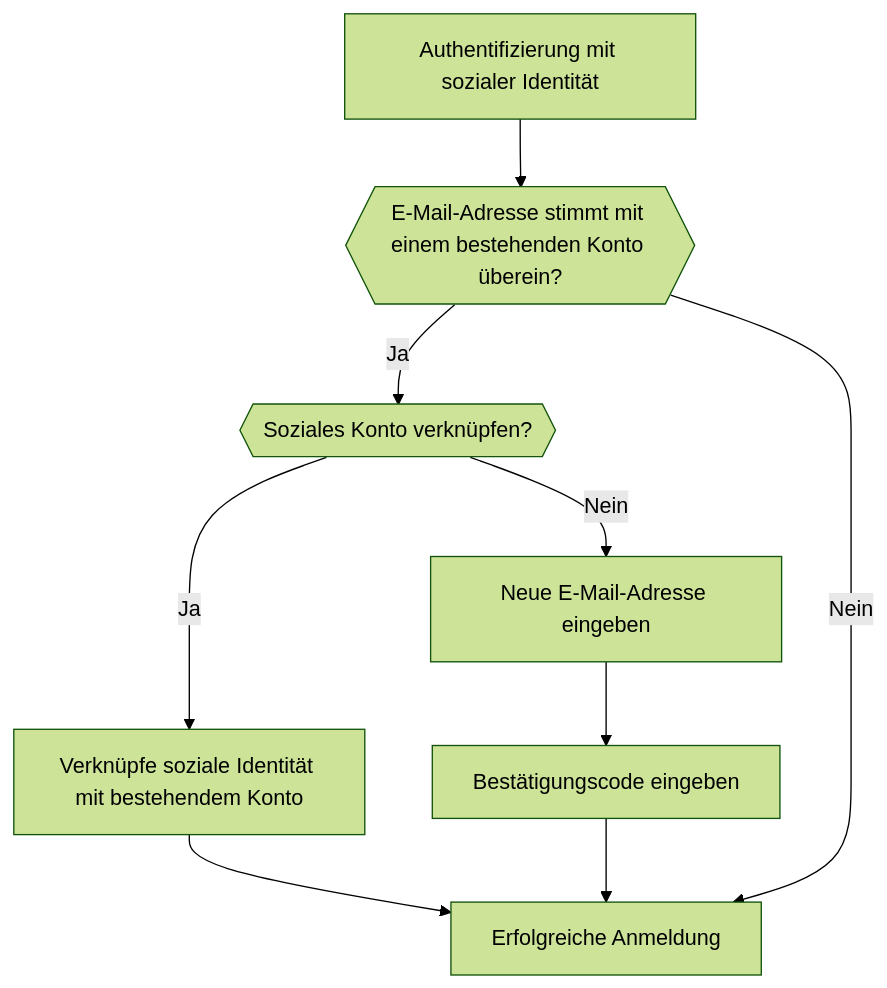
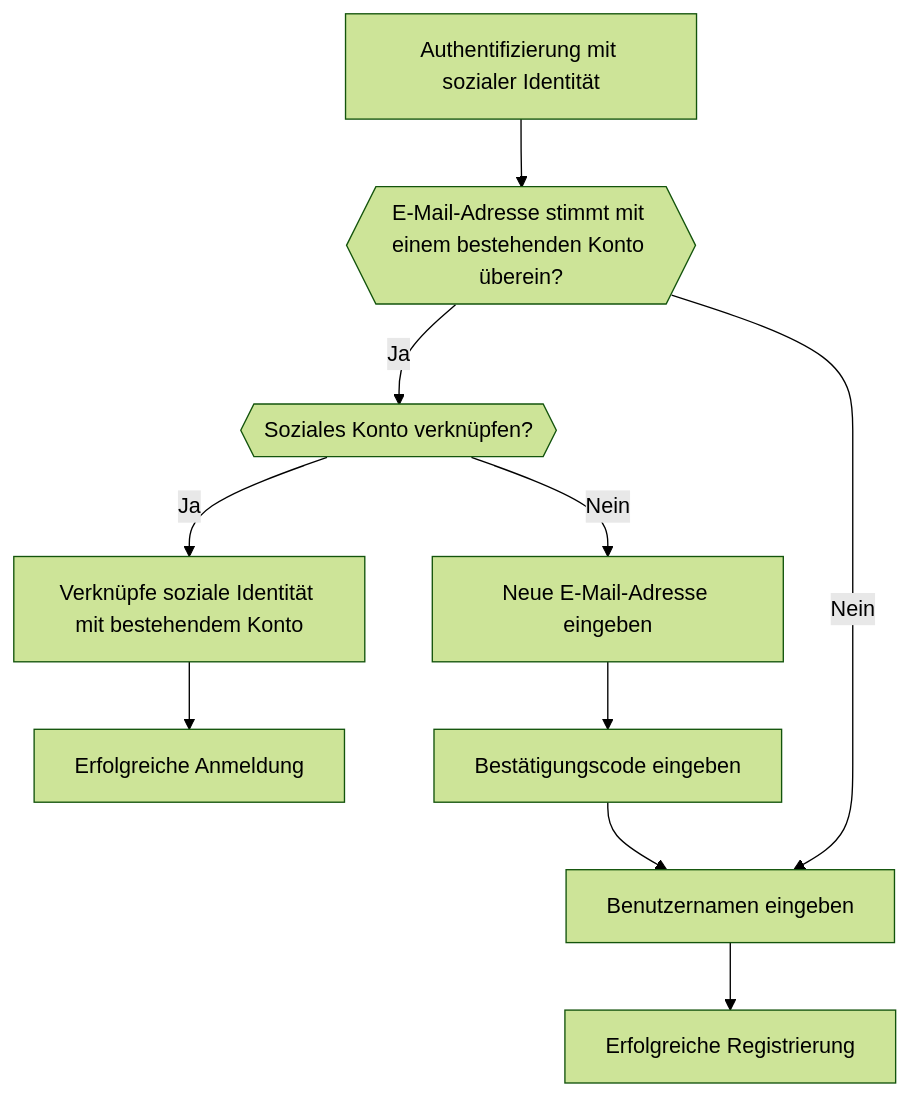
The sixth of 6 diagrams in i18n/de/docusaurus-plugin-content-docs/current/end-user-flows/sign-up-and-sign-in/social-sign-in.mdx (logto-io/docs), drawn with Mermaid (forest theme) before and after one commit. The commit also changed other lines of this file and 407 other files, not shown here.

````diff
--- a/i18n/de/docusaurus-plugin-content-docs/current/end-user-flows/sign-up-and-sign-in/social-sign-in.mdx
+++ b/i18n/de/docusaurus-plugin-content-docs/current/end-user-flows/sign-up-and-sign-in/social-sign-in.mdx
@@ -152,11 +159,12 @@
    ```mermaid
       flowchart TD
        A[Authentifizierung mit sozialer Identität] --> B{{E-Mail-Adresse stimmt mit einem bestehenden Konto überein?}}
        B -- Ja --> C{{Soziales Konto verknüpfen?}}
        C -- Ja --> D[Verknüpfe soziale Identität mit bestehendem Konto]
        D --> E[Erfolgreiche Anmeldung]
        C -- Nein --> F[Neue E-Mail-Adresse eingeben]
        F --> G[Bestätigungscode eingeben]
-       G --> E
-       B -- Nein --> E
+       G --> H[Benutzernamen eingeben]
+       H --> I[Erfolgreiche Registrierung]
+       B -- Nein --> H
    ```
````
